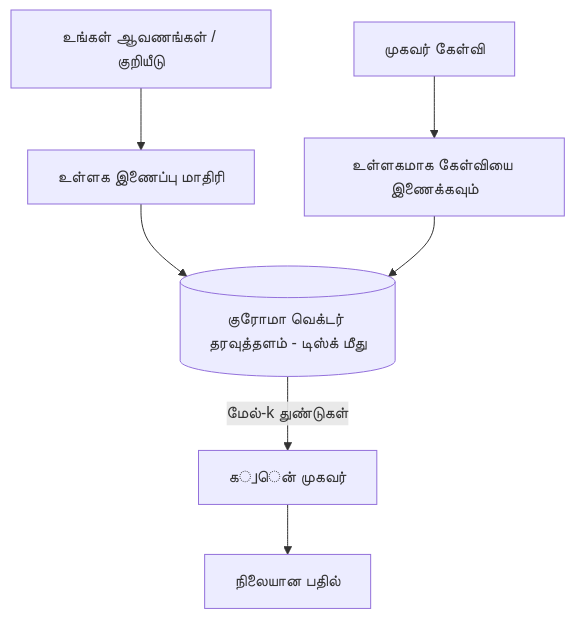
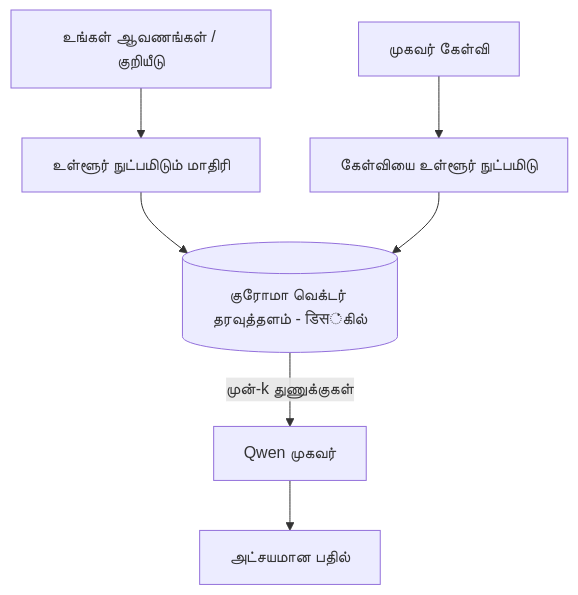
One commit to microsoft/ai-agents-for-beginners changed the third of 4 diagrams in translations/ta/17-creating-local-ai-agents/README.md. Above: the diagram before and after it, drawn with Mermaid. The commit also changed other lines of this file and 46 other files, not shown here.

````diff
--- a/translations/ta/17-creating-local-ai-agents/README.md
+++ b/translations/ta/17-creating-local-ai-agents/README.md
@@ -125,9 +125,9 @@
 ```mermaid
 flowchart TB
-    D[உங்கள் ஆவணங்கள் / குறியீடு] --> E[உள்ளக இணைப்பு மாதிரி]
-    E --> V[(குரோமா வெக்டர் தரவுத்தளம் - டிஸ்க் மீது)]
-    Q[முகவர் கேள்வி] --> QE[உள்ளகமாக கேள்வியை இணைக்கவும்]
+    D[உங்கள் ஆவணங்கள் / குறியீடு] --> E[உள்ளூர் நுட்பமிடும் மாதிரி]
+    E --> V[(குரோமா வெக்டர் தரவுத்தளம் - डिस்கில்)]
+    Q[முகவர் கேள்வி] --> QE[கேள்வியை உள்ளூர் நுட்பமிடு]
     QE --> V
-    V -->|மேல்-k துண்டுகள்| A[க്വென் முகவர்]
-    A --> Ans[நிலையான பதில்]
+    V -->|முன்-k துணுக்குகள்| A[Qwen முகவர்]
+    A --> Ans[அட்சயமான பதில்]
 ```
````
